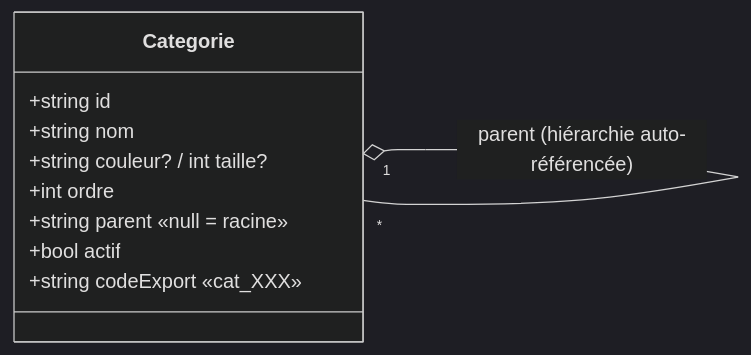
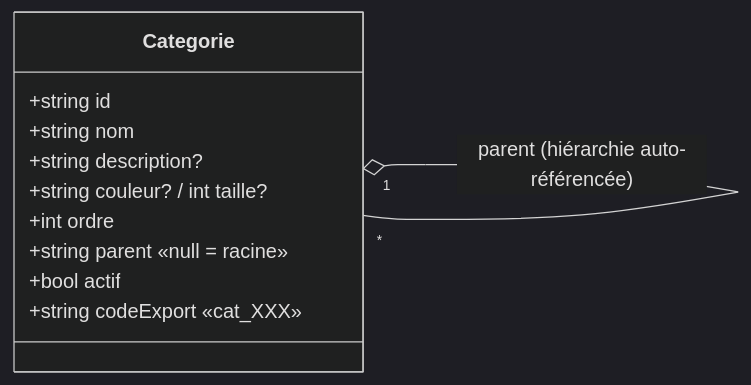
One commit to AlxAlbr/SonalPi changed the fourth of 9 diagrams in docs/dev/modele-objet.md. Above: the diagram before and after it, drawn with Mermaid (dark theme). The commit also changed other lines of this file and 11 other files, not shown here.

````diff
--- a/docs/dev/modele-objet.md
+++ b/docs/dev/modele-objet.md
@@ -316,16 +316,17 @@
 ```mermaid
 classDiagram
     direction LR
 
     class Categorie {
         +string id
         +string nom
+        +string description?
         +string couleur? / int taille?
         +int ordre
         +string parent «null = racine»
         +bool actif
         +string codeExport «cat_XXX»
     }
 
     Categorie "1" o-- "*" Categorie : parent (hiérarchie auto-référencée)
 ```
````
